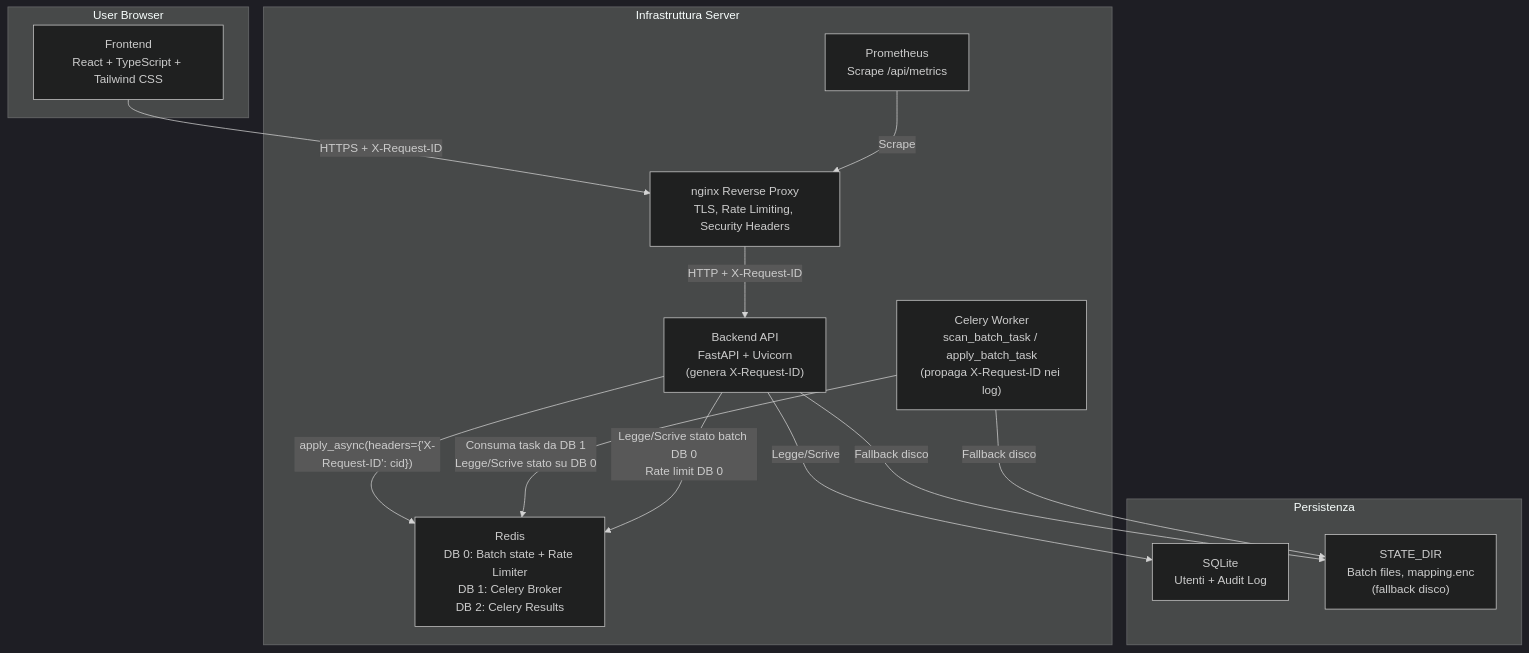
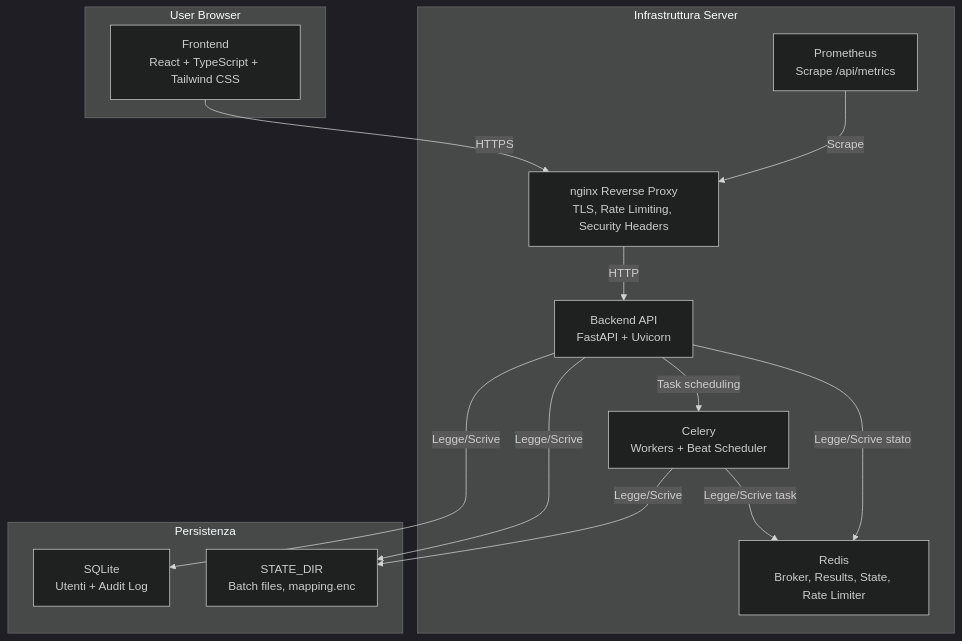
One commit to 3n1gm496/pseudonymization-tool changed the diagram in README.md. Above: the diagram before and after it, drawn with Mermaid (dark theme). The commit also changed other lines of this file, not shown here.

First line of the commit message:
docs(readme): balance architecture section — uniform detail level

````diff
--- a/README.md
+++ b/README.md
@@ -52,29 +52,29 @@
 ```mermaid
 graph TD
     subgraph Browser["User Browser"]
         Frontend["Frontend<br/>React + TypeScript + Tailwind CSS"]
     end
 
     subgraph Server["Infrastruttura Server"]
         Nginx["nginx Reverse Proxy<br/>TLS, Rate Limiting, Security Headers"]
-        Backend["Backend API<br/>FastAPI + Uvicorn<br/>(genera X-Request-ID)"]
-        Worker["Celery Worker<br/>scan_batch_task / apply_batch_task<br/>(propaga X-Request-ID nei log)"]
-        Redis["Redis<br/>DB 0: Batch state + Rate Limiter<br/>DB 1: Celery Broker<br/>DB 2: Celery Results"]
+        Backend["Backend API<br/>FastAPI + Uvicorn"]
+        Celery["Celery<br/>Workers + Beat Scheduler"]
+        Redis["Redis<br/>Broker, Results, State, Rate Limiter"]
         Prometheus["Prometheus<br/>Scrape /api/metrics"]
     end
 
     subgraph Storage["Persistenza"]
         SQLite["SQLite<br/>Utenti + Audit Log"]
-        StateDir["STATE_DIR<br/>Batch files, mapping.enc<br/>(fallback disco)"]
+        StateDir["STATE_DIR<br/>Batch files, mapping.enc"]
     end
 
-    Frontend -- "HTTPS + X-Request-ID" --> Nginx
-    Nginx -- "HTTP + X-Request-ID" --> Backend
-    Backend -- "apply_async(headers={'X-Request-ID': cid})" --> Redis
-    Worker -- "Consuma task da DB 1<br/>Legge/Scrive stato su DB 0" --> Redis
-    Backend -- "Legge/Scrive stato batch DB 0<br/>Rate limit DB 0" --> Redis
+    Frontend -- "HTTPS" --> Nginx
+    Nginx -- "HTTP" --> Backend
+    Backend -- "Task scheduling" --> Celery
+    Celery -- "Legge/Scrive task" --> Redis
+    Backend -- "Legge/Scrive stato" --> Redis
     Backend -- "Legge/Scrive" --> SQLite
-    Backend -- "Fallback disco" --> StateDir
-    Worker -- "Fallback disco" --> StateDir
+    Backend -- "Legge/Scrive" --> StateDir
+    Celery -- "Legge/Scrive" --> StateDir
     Prometheus -- Scrape --> Nginx
 ```
````
